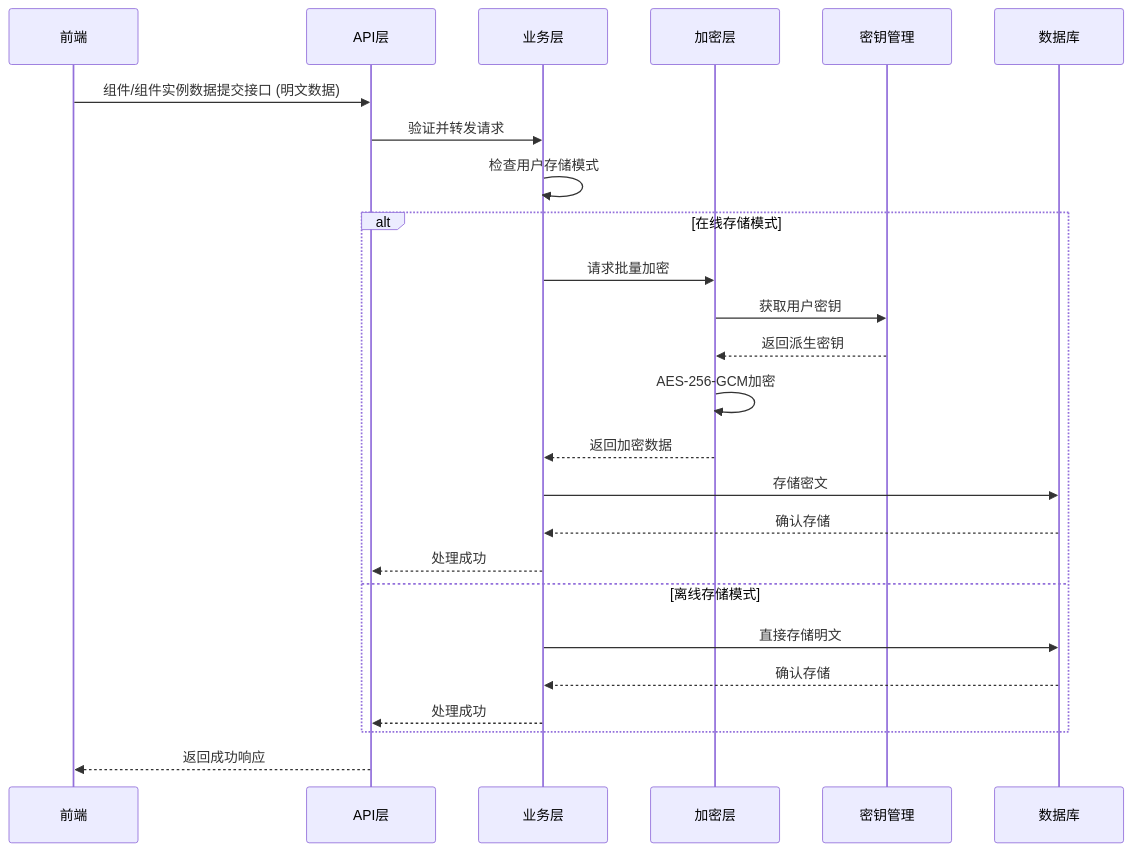
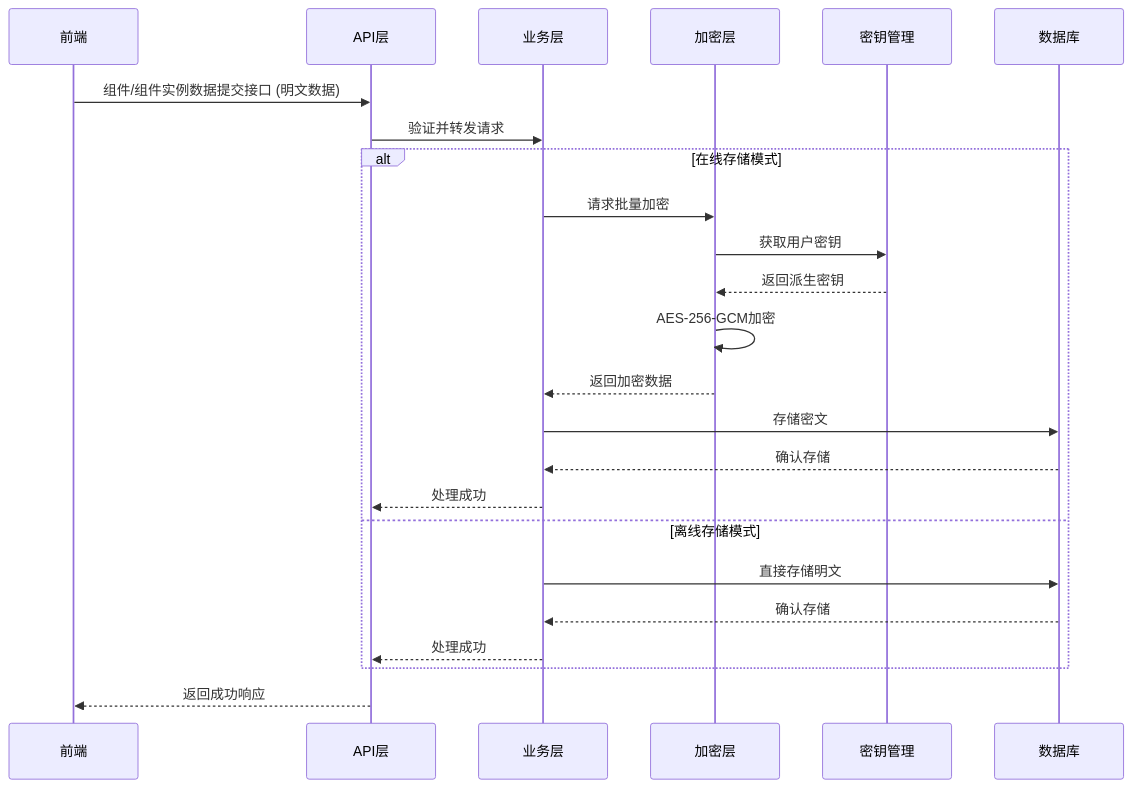
The diagram in all/未命名-1.md (yingjianzh/iodraw-files), drawn with Mermaid before and after one commit.

Commit message:
2025-09-01 15:59:26 update

````diff
--- a/all/未命名-1.md
+++ b/all/未命名-1.md
@@ -1,30 +1,29 @@
 ```mermaid
 sequenceDiagram
     participant F as 前端
     participant A as API层
     participant B as 业务层
     participant E as 加密层
     participant K as 密钥管理
     participant D as 数据库
     
     F->>A: 组件/组件实例数据提交接口 (明文数据)
     A->>B: 验证并转发请求
-    B->>B: 检查用户存储模式
     
     alt 在线存储模式
         B->>E: 请求批量加密
         E->>K: 获取用户密钥
         K-->>E: 返回派生密钥
         E->>E: AES-256-GCM加密
         E-->>B: 返回加密数据
         B->>D: 存储密文
         D-->>B: 确认存储
         B-->>A: 处理成功
     else 离线存储模式
         B->>D: 直接存储明文
         D-->>B: 确认存储
         B-->>A: 处理成功
     end
     
     A-->>F: 返回成功响应
 ```
````
